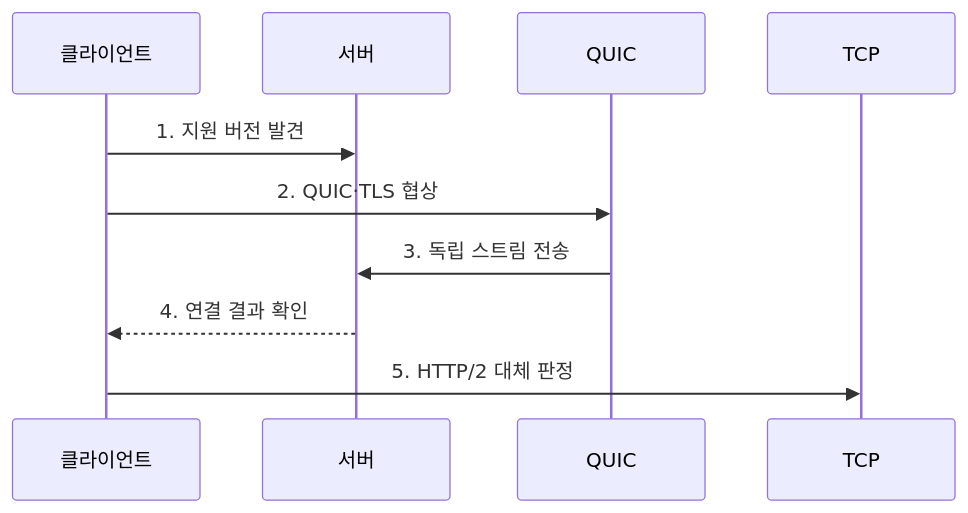
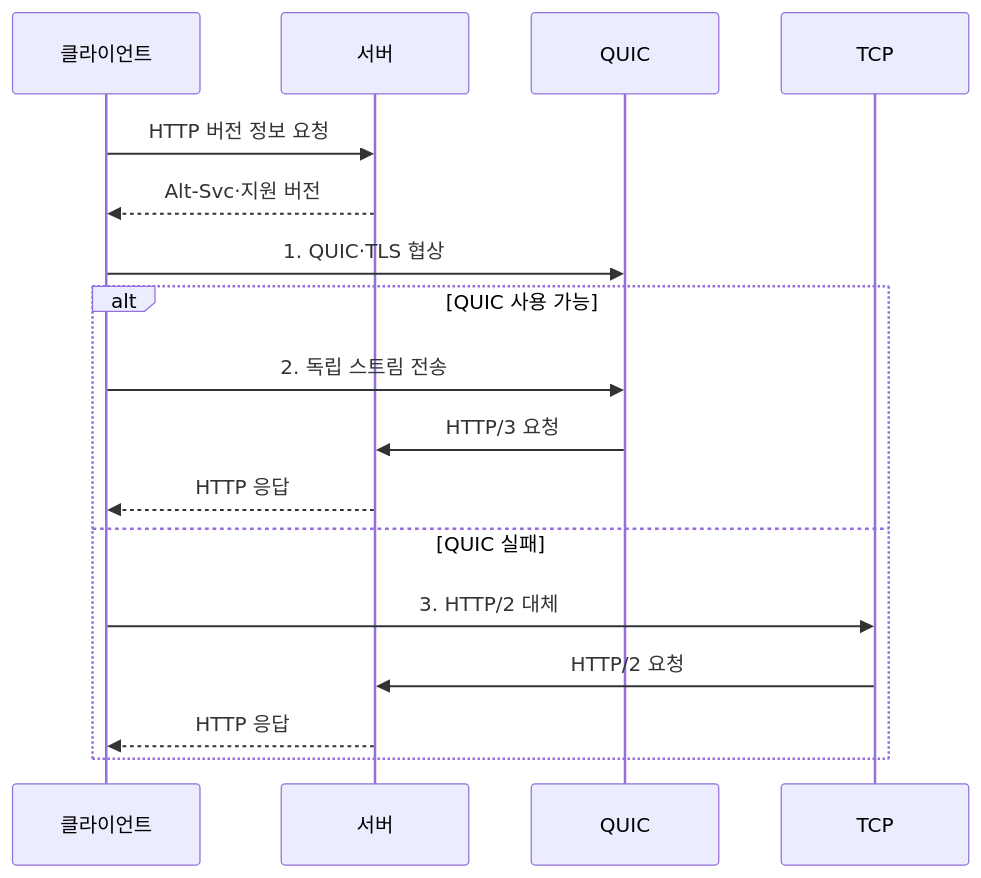
Before and after one commit to agnusdei1207/knowledge-base: the second of 2 diagrams in src/content/docs/notes/04-network/108_http2_http3_comparison.md, drawn with Mermaid. The commit also changed other lines of this file and 16 other files, not shown here.

````diff
--- a/src/content/docs/notes/04-network/108_http2_http3_comparison.md
+++ b/src/content/docs/notes/04-network/108_http2_http3_comparison.md
@@ -86,12 +88,19 @@
 ```mermaid
 sequenceDiagram
     participant 클라이언트
     participant 서버
     participant QUIC
     participant TCP
-    클라이언트->>서버: 1. 지원 버전 발견
-    클라이언트->>QUIC: 2. QUIC·TLS 협상
-    QUIC->>서버: 3. 독립 스트림 전송
-    서버-->>클라이언트: 4. 연결 결과 확인
-    클라이언트->>TCP: 5. HTTP/2 대체 판정
+    클라이언트->>서버: HTTP 버전 정보 요청
+    서버-->>클라이언트: Alt-Svc·지원 버전
+    클라이언트->>QUIC: 1. QUIC·TLS 협상
+    alt QUIC 사용 가능
+        클라이언트->>QUIC: 2. 독립 스트림 전송
+        QUIC->>서버: HTTP/3 요청
+        서버-->>클라이언트: HTTP 응답
+    else QUIC 실패
+        클라이언트->>TCP: 3. HTTP/2 대체
+        TCP->>서버: HTTP/2 요청
+        서버-->>클라이언트: HTTP 응답
+    end
 ```
````
